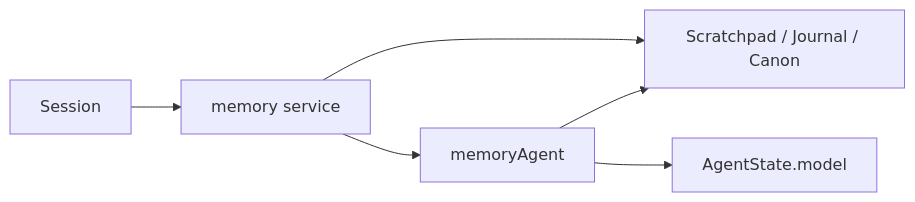
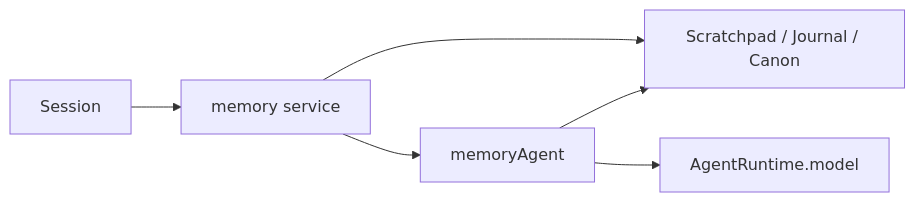
Before and after one commit to wangenius/downcity: the first of 3 diagrams in homepage/content/devdocs/zh/memory/memory-agent.mdx, drawn with Mermaid. The commit also changed other lines of this file and 419 other files, not shown here.

````diff
--- a/homepage/content/devdocs/zh/memory/memory-agent.mdx
+++ b/homepage/content/devdocs/zh/memory/memory-agent.mdx
@@ -65,14 +65,14 @@
 ```mermaid
 flowchart LR
   S["Session"]
   MS["memory service"]
   MA["memoryAgent"]
   CORE["Scratchpad / Journal / Canon"]
-  MODEL["AgentState.model"]
+  MODEL["AgentRuntime.model"]
 
   S --> MS
   MS --> CORE
   MS --> MA
   MA --> CORE
   MA --> MODEL
 ```
````
